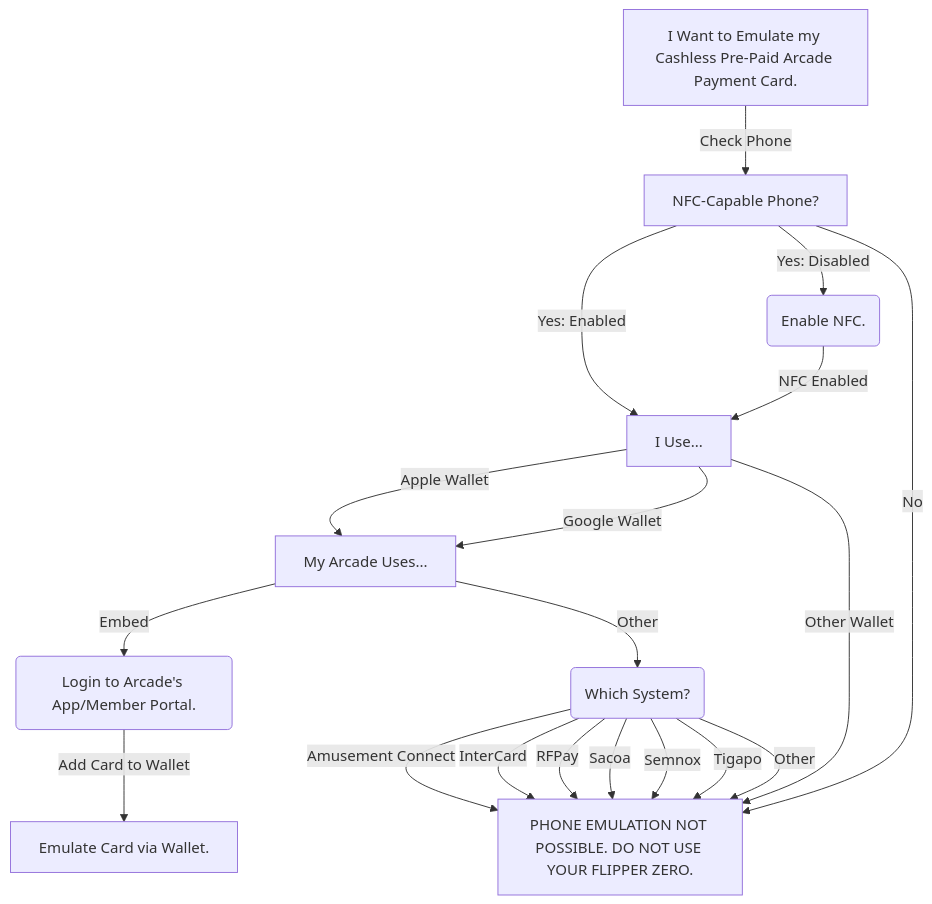
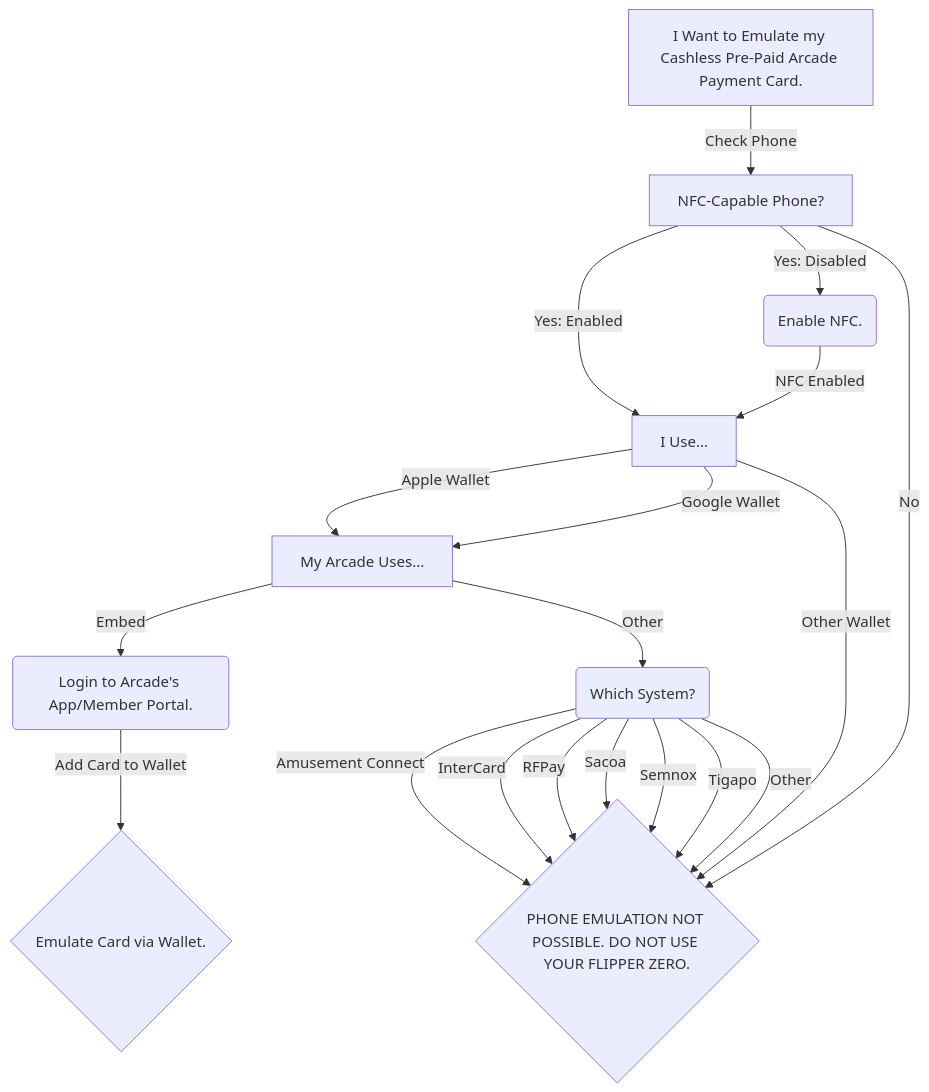
The diagram in flip-wiki/docs/arcadecards.md (Flipper-Community/flipper-community-wiki), drawn with Mermaid before and after one commit.

Commit message:
R&Y: Updated mermaid flowchart in arcadecards.md
Changed termini in flowchart to rhombuses.

````diff
--- a/flip-wiki/docs/arcadecards.md
+++ b/flip-wiki/docs/arcadecards.md
@@ -23,21 +23,21 @@
 ``` mermaid
 flowchart TD
     A[I Want to Emulate my Cashless Pre-Paid Arcade Payment Card.] -->|Check Phone| B[NFC-Capable Phone?]
     B -->|Yes: Enabled| C[I Use...]
     B -->|Yes: Disabled| D(Enable NFC.)
     D -->|NFC Enabled| C
     C -->|Apple Wallet| E[My Arcade Uses...]
     C -->|Google Wallet| E
     E -->|Embed| F(Login to Arcade's App/Member Portal.)
-    F -->|Add Card to Wallet| G[Emulate Card via Wallet.]
+    F -->|Add Card to Wallet| G{Emulate Card via Wallet.}
     E -->|Other| H(Which System?)
-    B -->|No| I[PHONE EMULATION NOT POSSIBLE. DO NOT USE YOUR FLIPPER ZERO.]
+    B -->|No| I{PHONE EMULATION NOT POSSIBLE. DO NOT USE YOUR FLIPPER ZERO.}
     C -->|Other Wallet| I
     H -->|Amusement Connect| I
     H -->|InterCard| I
     H -->|RFPay| I
     H -->|Sacoa| I
     H -->|Semnox| I
     H -->|Tigapo| I
     H -->|Other| I
 ```
````
